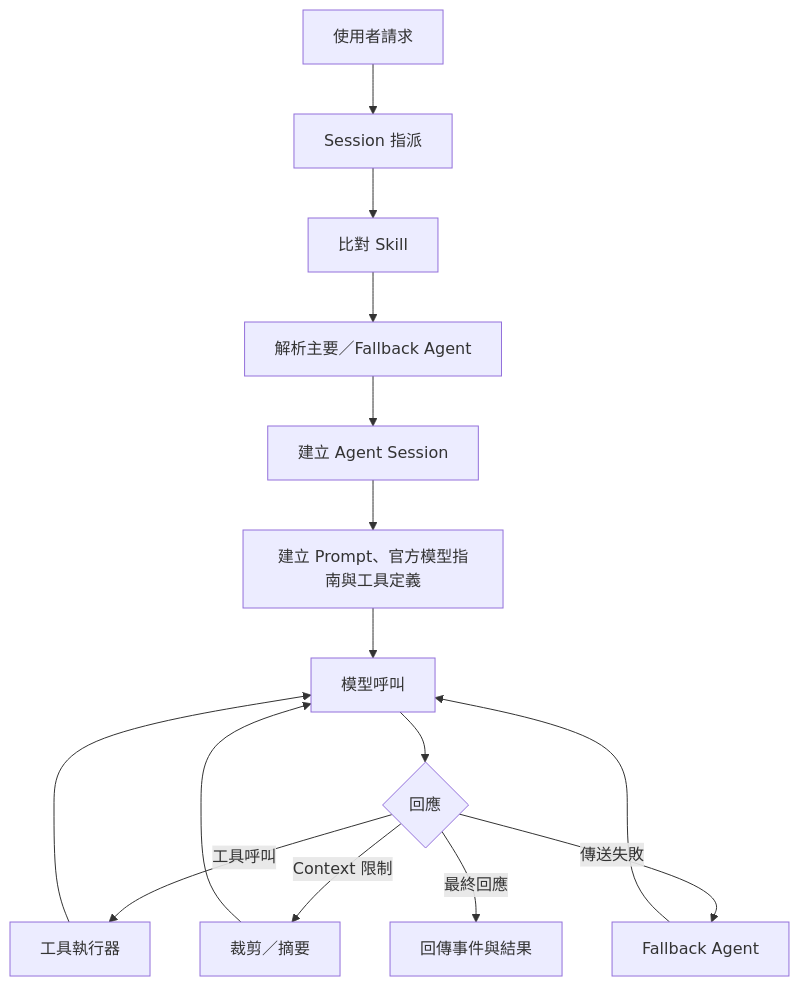
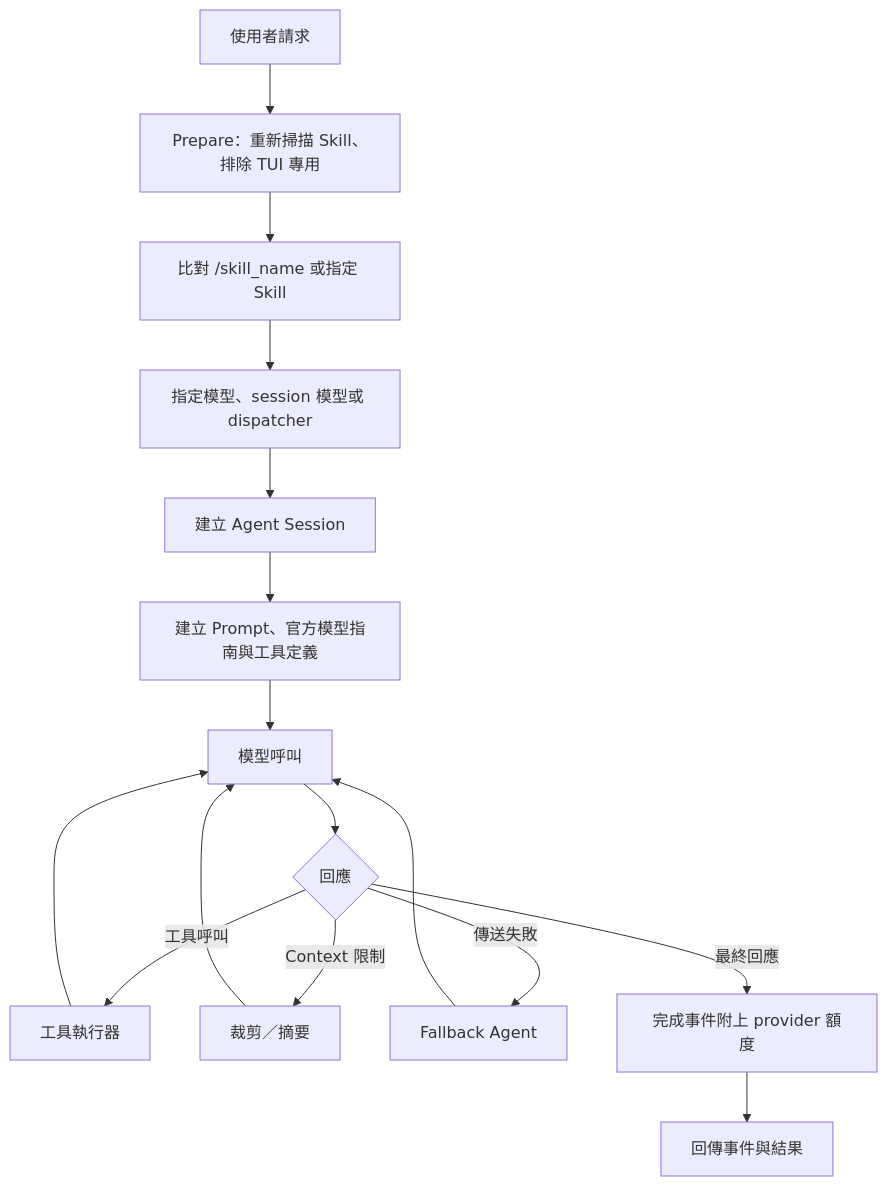
One commit to agenvoy/Agenvoy changed the fourth of 9 diagrams in doc/architecture.zh.md. Above: the diagram before and after it, drawn with Mermaid. The commit also changed other lines of this file and 3 other files, not shown here.

Commit message:
doc: Update architecture and runtime configuration documentation

````diff
--- a/doc/architecture.zh.md
+++ b/doc/architecture.zh.md
@@ -70,17 +72,18 @@
 ```mermaid
 graph TB
-    Request[使用者請求] --> Assign[Session 指派]
-    Assign --> Match[比對 Skill]
-    Match --> Resolve[解析主要／Fallback Agent]
+    Request[使用者請求] --> Prepare[Prepare：重新掃描 Skill、排除 TUI 專用]
+    Prepare --> Match[比對 /skill_name 或指定 Skill]
+    Match --> Resolve[指定模型、session 模型或 dispatcher]
     Resolve --> Session[建立 Agent Session]
     Session --> Prompt[建立 Prompt、官方模型指南與工具定義]
     Prompt --> Model[模型呼叫]
     Model --> Result{回應}
     Result -->|工具呼叫| ToolExec[工具執行器]
     ToolExec --> Model
     Result -->|Context 限制| Compact[裁剪／摘要]
     Compact --> Model
     Result -->|傳送失敗| Fallback[Fallback Agent]
     Fallback --> Model
-    Result -->|最終回應| Events[回傳事件與結果]
+    Result -->|最終回應| Quota[完成事件附上 provider 額度]
+    Quota --> Events[回傳事件與結果]
 ```
````
